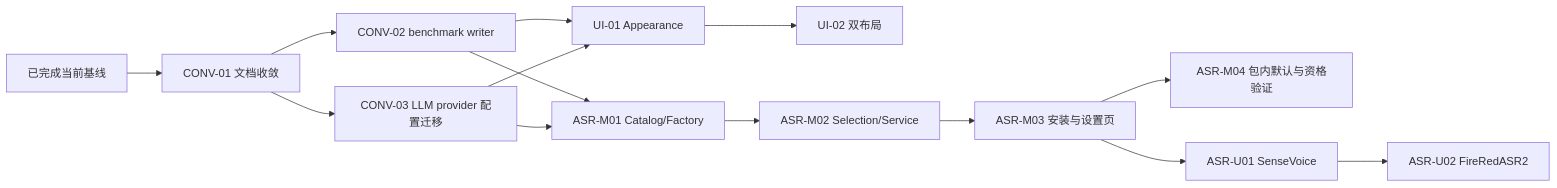
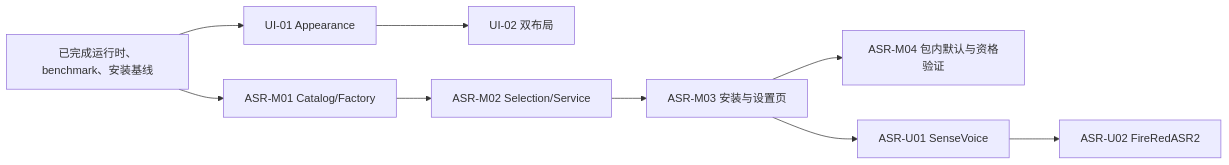
One commit to morigejile/expression-trainer-pro changed the diagram in docs/roadmap.md. Above: the diagram before and after it, drawn with Mermaid. The commit also changed other lines of this file and 10 other files, not shown here.

````diff
--- a/docs/roadmap.md
+++ b/docs/roadmap.md
@@ -32,16 +18,11 @@
 ```mermaid
 flowchart LR
-  BASE[已完成当前基线] --> C1[CONV-01 文档收敛]
-  C1 --> C2[CONV-02 benchmark writer]
-  C1 --> C3[CONV-03 LLM provider 配置迁移]
-  C2 --> UI1[UI-01 Appearance]
-  C3 --> UI1
-  C2 --> M1[ASR-M01 Catalog/Factory]
-  C3 --> M1
+  B[已完成运行时、benchmark、安装基线] --> UI1[UI-01 Appearance]
   UI1 --> UI2[UI-02 双布局]
+  B --> M1[ASR-M01 Catalog/Factory]
   M1 --> M2[ASR-M02 Selection/Service]
   M2 --> M3[ASR-M03 安装与设置页]
   M3 --> M4[ASR-M04 包内默认与资格验证]
   M3 --> U1[ASR-U01 SenseVoice]
   U1 --> U2[ASR-U02 FireRedASR2]
 ```
````
